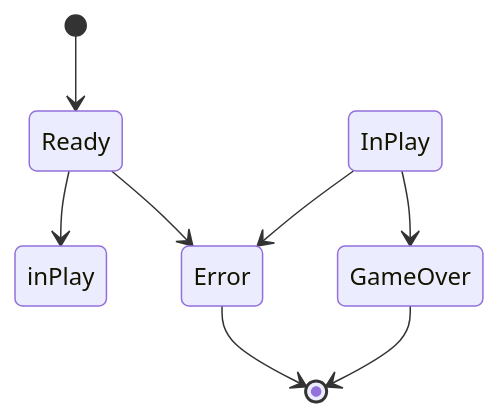
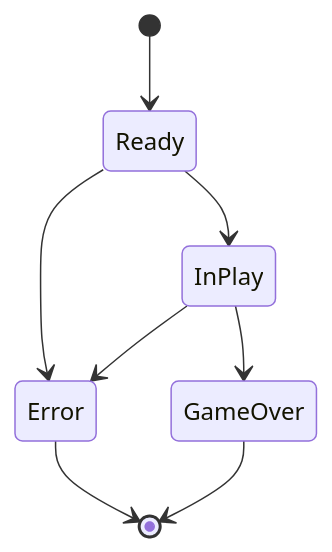
One commit to Luke3470/DesignPaternsUni changed the fifth of 5 diagrams in README.md. Above: the diagram before and after it, drawn with Mermaid.

Commit message:
State Machine graph Done

````diff
--- a/README.md
+++ b/README.md
@@ -183,10 +183,10 @@
 ```mermaid
 stateDiagram-v2
     [*] --> Ready
-    Ready --> inPlay
+    Ready --> InPlay
     InPlay --> GameOver
     Ready --> Error
     InPlay --> Error
     Error --> [*]
     GameOver --> [*]
 ```
````
